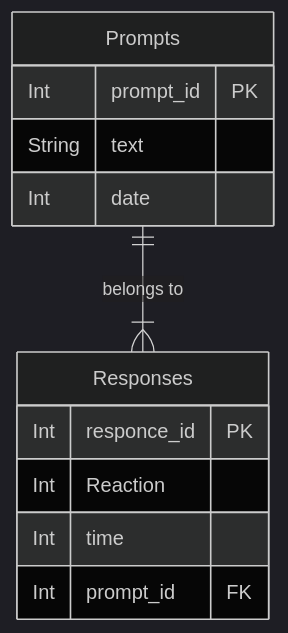
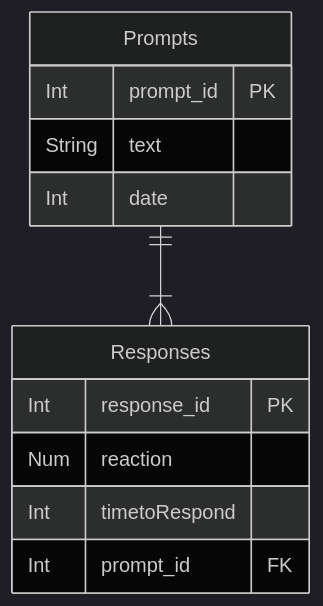
Before and after one commit to Capstone-Projects-2023-Fall/project-bereal-meets-slack: the second of 2 diagrams in documentation/docs/system-architecture/design.md, drawn with Mermaid (dark theme).

Commit message:
Update design.md
Fixing errors for database

````diff
--- a/documentation/docs/system-architecture/design.md
+++ b/documentation/docs/system-architecture/design.md
@@ -94,18 +94,18 @@
 ```mermaid
 erDiagram
 Prompts {
   Int prompt_id PK
   String text
   Int date
 }
 
 Responses {
-  Int responce_id PK
-  Int Reaction
-  Int time
+  Int response_id PK
+  Num reaction
+  Int timetoRespond
   Int prompt_id FK
 }
 
-Prompts ||--|{ Responses : "belongs to"
+Prompts ||--|{ Responses : ""
 
 ```
````
